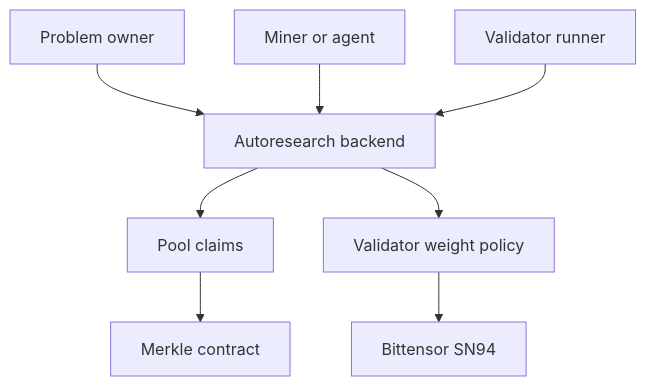
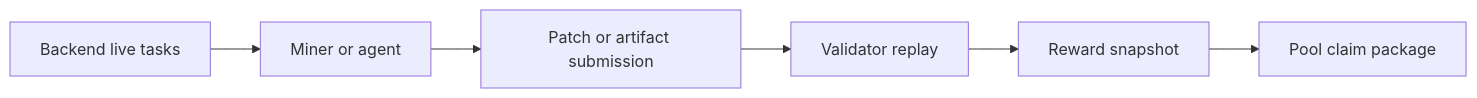
Before and after one commit to AlveusLabs/SN94-BitSota: the diagram in docs/index.md, drawn with Mermaid. The commit also changed other lines of this file and 17 other files, not shown here.

````diff
--- a/docs/index.md
+++ b/docs/index.md
@@ -31,10 +30,8 @@
 ```mermaid
-flowchart TB
-  Owner[Problem owner] --> Backend[Autoresearch backend]
-  Miner[Miner or agent] --> Backend
-  Validator[Validator runner] --> Backend
-  Backend --> Pool[Pool claims]
-  Pool --> Contract[Merkle contract]
-  Backend --> Weights[Validator weight policy]
-  Weights --> Chain[Bittensor SN94]
+flowchart LR
+  Tasks[Backend live tasks] --> Miner[Miner or agent]
+  Miner --> Submit[Patch or artifact submission]
+  Submit --> Replay[Validator replay]
+  Replay --> Rewards[Reward snapshot]
+  Rewards --> Claims[Pool claim package]
 ```
````
